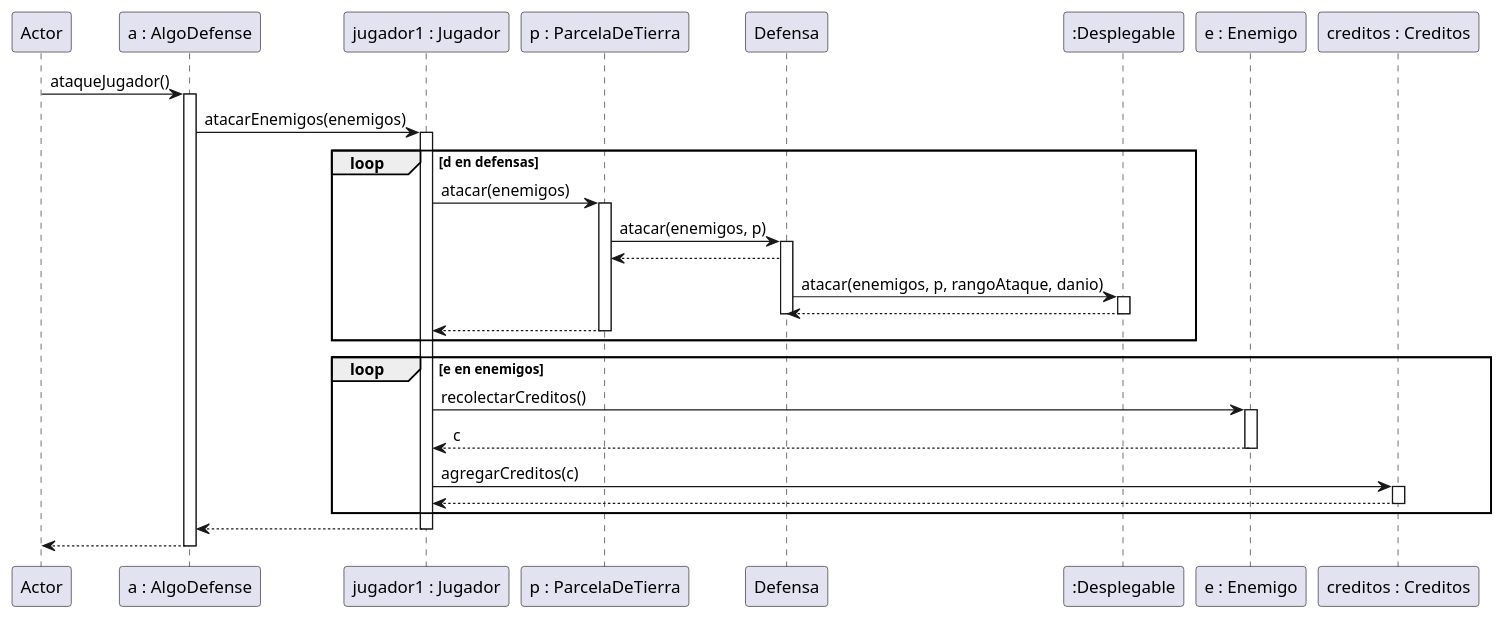
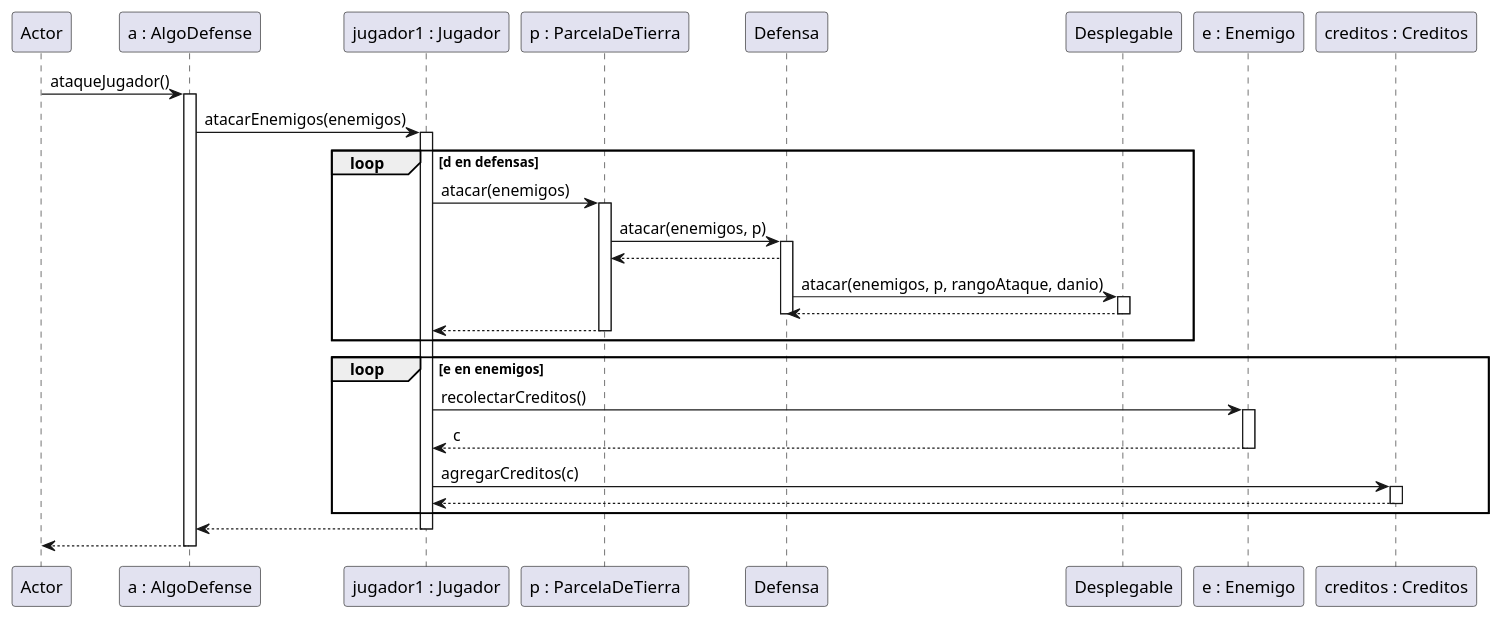
One commit to juanignaciogiacobbe/AlgoDefense_TP2 changed the diagram in diagrams/sequences/01AlgoDefense_ataqueJugador.puml. Above: the diagram before and after it, drawn with PlantUML. The commit also changed 3 other files, not shown here.

Commit message:
diagramas de secuencia ataque de enemigos a jugador

```diff
--- a/diagrams/sequences/01AlgoDefense_ataqueJugador.puml
+++ b/diagrams/sequences/01AlgoDefense_ataqueJugador.puml
@@ -1,38 +1,38 @@
 @startuml
 participant Actor
 Actor -> "a : AlgoDefense" : ataqueJugador()
 activate "a : AlgoDefense"
 "a : AlgoDefense" -> "jugador1 : Jugador" : atacarEnemigos(enemigos)
 activate "jugador1 : Jugador"
 
 loop d en defensas
             "jugador1 : Jugador" -> "p : ParcelaDeTierra" : atacar(enemigos)
             activate "p : ParcelaDeTierra"
             "p : ParcelaDeTierra" -> Defensa : atacar(enemigos, p)
             activate Defensa
             Defensa --> "p : ParcelaDeTierra"
-            Defensa -> ":Desplegable" : atacar(enemigos, p, rangoAtaque, danio)
-            activate ":Desplegable"
-            ":Desplegable" --> Defensa
-            deactivate ":Desplegable"
+            Defensa -> Desplegable : atacar(enemigos, p, rangoAtaque, danio)
+            activate Desplegable
+            Desplegable --> Defensa
+            deactivate Desplegable
             deactivate Defensa
 
             "p : ParcelaDeTierra" --> "jugador1 : Jugador"
             deactivate "p : ParcelaDeTierra"
         end
 
 loop e en enemigos
           "jugador1 : Jugador" -> "e : Enemigo" : recolectarCreditos()
           activate "e : Enemigo"
           "e : Enemigo" --> "jugador1 : Jugador" : c
           deactivate "e : Enemigo"
           "jugador1 : Jugador" -> "creditos : Creditos" : agregarCreditos(c)
           activate "creditos : Creditos"
           "creditos : Creditos" --> "jugador1 : Jugador"
           deactivate "creditos : Creditos"
         end
 
 "jugador1 : Jugador" --> "a : AlgoDefense"
 deactivate "jugador1 : Jugador"
 return
 @enduml
```
